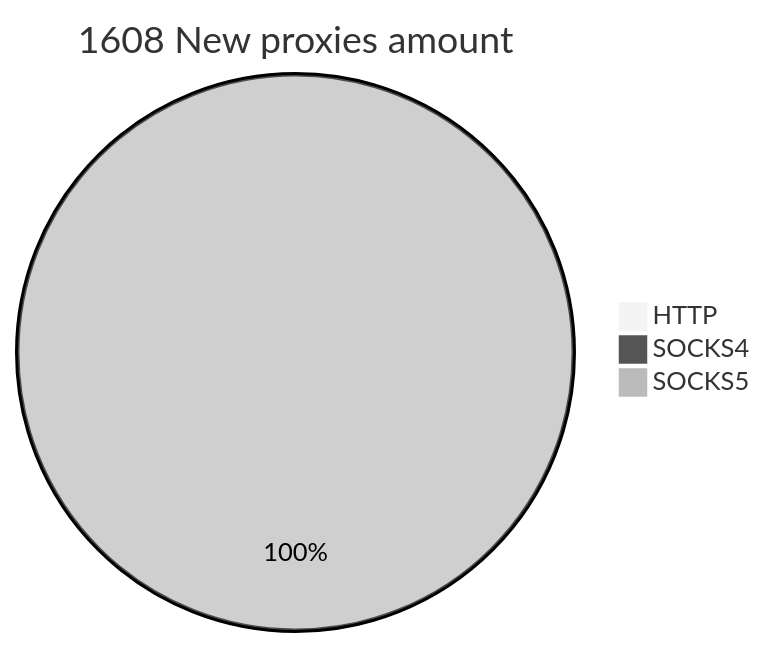
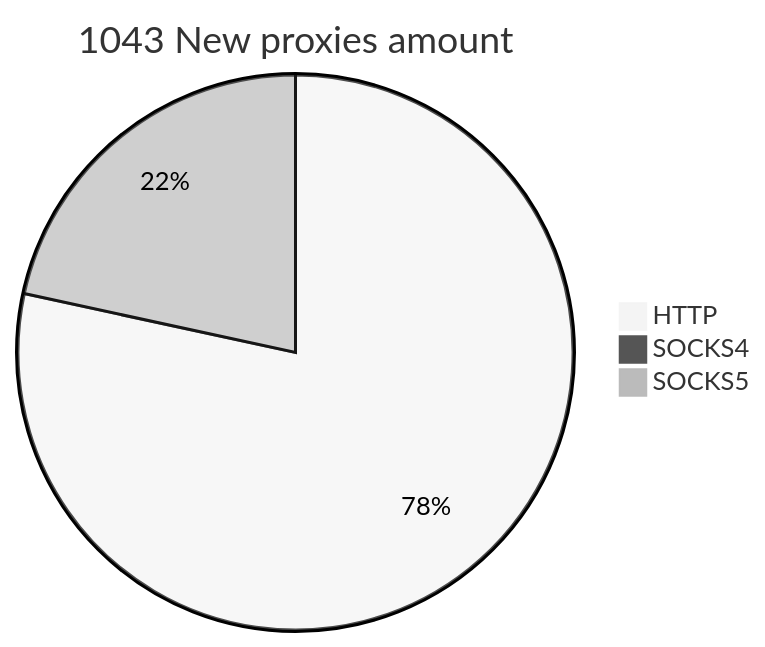
One commit to cutipu/proxylist changed the second of 2 diagrams in README.md. Above: the diagram before and after it, drawn with Mermaid (neutral theme). The commit also changed other lines of this file, not shown here.

````diff
--- a/README.md
+++ b/README.md
@@ -10,6 +10,6 @@
 ```mermaid
-pie title 1608 New proxies amount
-    "HTTP" : 0
-    "SOCKS4" : 0
-    "SOCKS5" : 2429
+pie title 1043 New proxies amount
+    "HTTP" : 817
+    "SOCKS4" : 1
+    "SOCKS5" : 225
 ```
````
